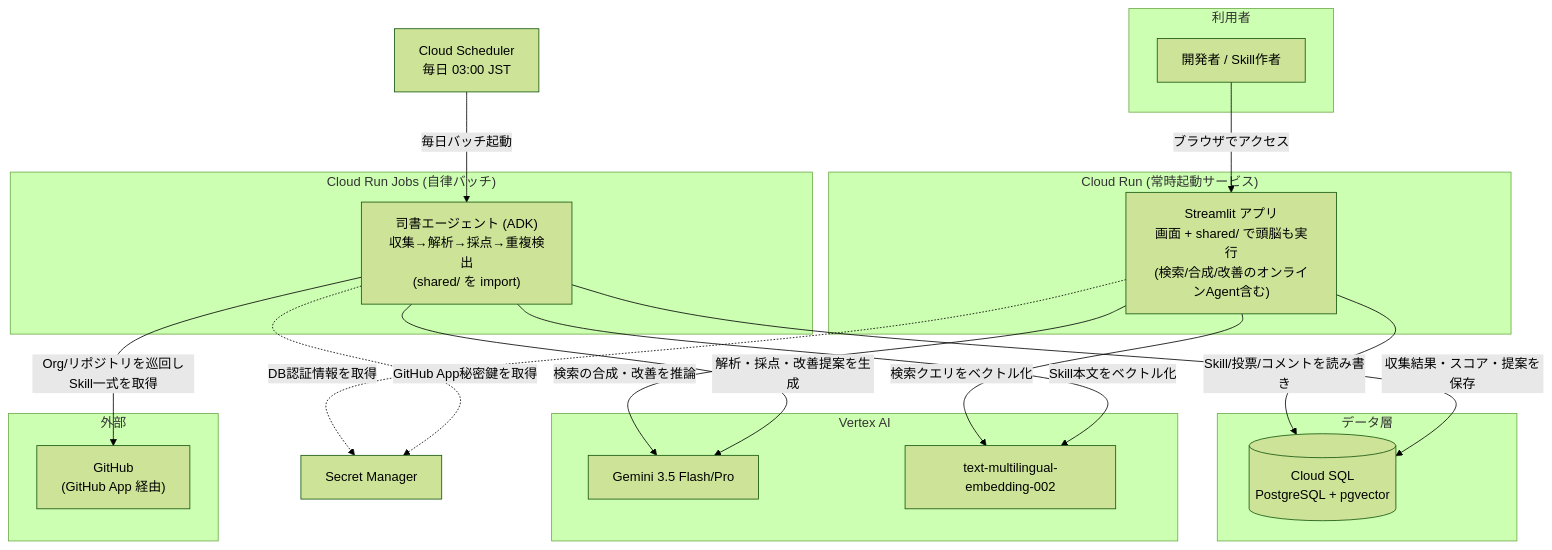
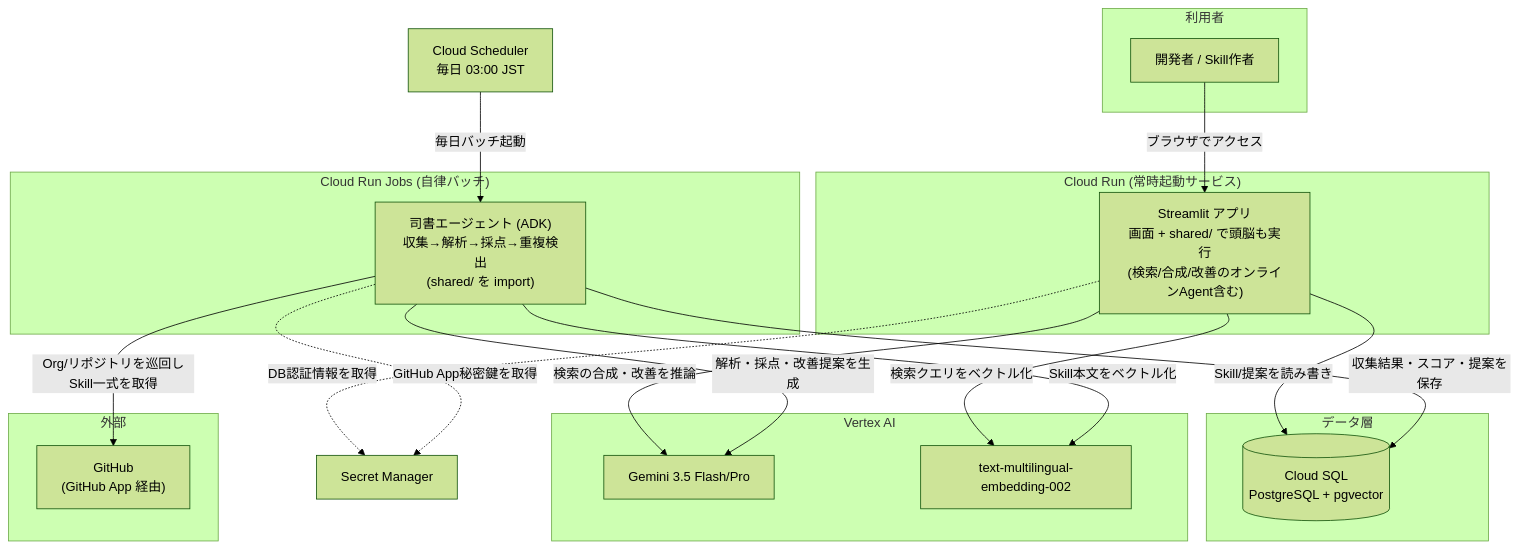
Before and after one commit to t-devops-hackathon-2026/SkillsHub: the fourth of 8 diagrams in DESIGN.md, drawn with Mermaid (forest theme). The commit also changed other lines of this file and 1 other file, not shown here.

````diff
--- a/DESIGN.md
+++ b/DESIGN.md
@@ -120,45 +143,45 @@
 ```mermaid
 flowchart TB
     subgraph User["利用者"]
         Dev["開発者 / Skill作者"]
     end
 
     subgraph CR["Cloud Run (常時起動サービス)"]
         UI["Streamlit アプリ<br/>画面 + shared/ で頭脳も実行<br/>(検索/合成/改善のオンラインAgent含む)"]
     end
 
     subgraph Batch["Cloud Run Jobs (自律バッチ)"]
         Lib["司書エージェント (ADK)<br/>収集→解析→採点→重複検出<br/>(shared/ を import)"]
     end
 
     Sched["Cloud Scheduler<br/>毎日 03:00 JST"]
 
     subgraph Data["データ層"]
         PG[("Cloud SQL<br/>PostgreSQL + pgvector")]
     end
 
     subgraph GCP_AI["Vertex AI"]
         Gem["Gemini 3.5 Flash/Pro"]
         Emb["text-multilingual-embedding-002"]
     end
 
     subgraph Ext["外部"]
         GH["GitHub<br/>(GitHub App 経由)"]
     end
 
     SM["Secret Manager"]
 
     Dev -->|"ブラウザでアクセス"| UI
-    UI -->|"Skill/投票/コメントを読み書き"| PG
+    UI -->|"Skill/提案を読み書き"| PG
     UI -->|"検索の合成・改善を推論"| Gem
     UI -->|"検索クエリをベクトル化"| Emb
 
     Sched -->|"毎日バッチ起動"| Lib
     Lib -->|"収集結果・スコア・提案を保存"| PG
     Lib -->|"Org/リポジトリを巡回しSkill一式を取得"| GH
     Lib -->|"解析・採点・改善提案を生成"| Gem
     Lib -->|"Skill本文をベクトル化"| Emb
 
     UI -.->|"DB認証情報を取得"| SM
     Lib -.->|"GitHub App秘密鍵を取得"| SM
 ```
````
